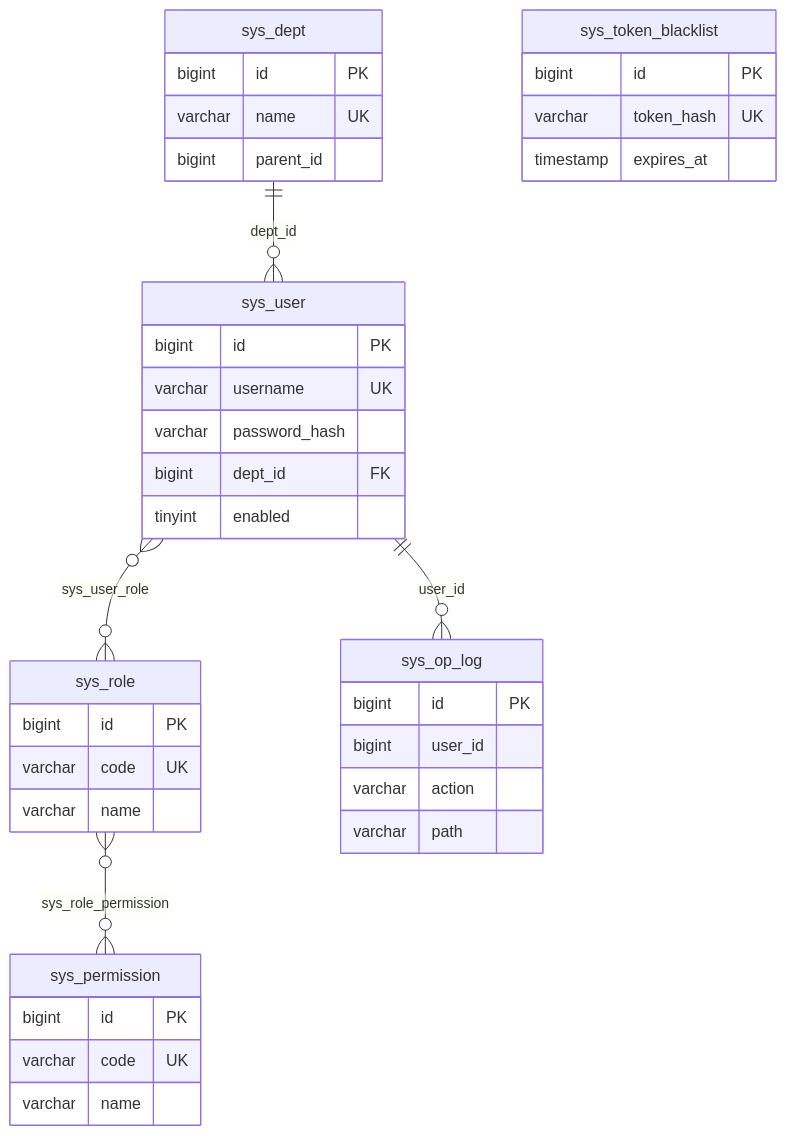
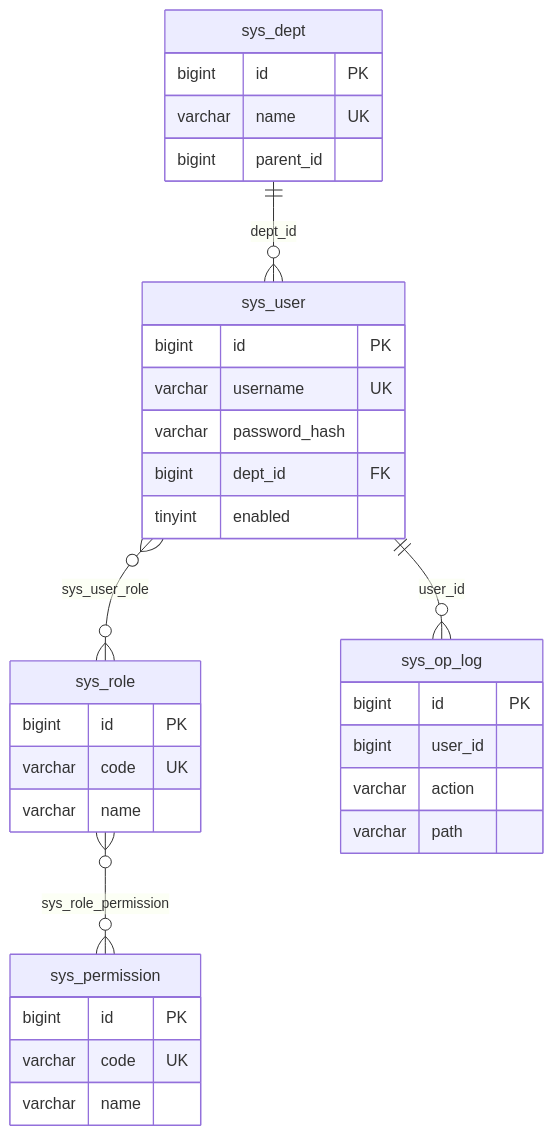
The fourth of 4 diagrams in docs/gateway-service-code-analysis.md (ZjlShenshiqing/EnterpriseKnowledgeWorkspace), drawn with Mermaid before and after one commit. The commit also changed other lines of this file and 19 other files, not shown here.

````diff
--- a/docs/gateway-service-code-analysis.md
+++ b/docs/gateway-service-code-analysis.md
@@ -720,40 +904,35 @@
 ```mermaid
 erDiagram
     sys_dept ||--o{ sys_user : "dept_id"
     sys_user }o--o{ sys_role : "sys_user_role"
     sys_role }o--o{ sys_permission : "sys_role_permission"
     sys_user ||--o{ sys_op_log : "user_id"
-    sys_token_blacklist {
-        bigint id PK
-        varchar token_hash UK
-        timestamp expires_at
-    }
     sys_user {
         bigint id PK
         varchar username UK
         varchar password_hash
         bigint dept_id FK
         tinyint enabled
     }
     sys_dept {
         bigint id PK
         varchar name UK
         bigint parent_id
     }
     sys_role {
         bigint id PK
         varchar code UK
         varchar name
     }
     sys_permission {
         bigint id PK
         varchar code UK
         varchar name
     }
     sys_op_log {
         bigint id PK
         bigint user_id
         varchar action
         varchar path
     }
 ```
````
